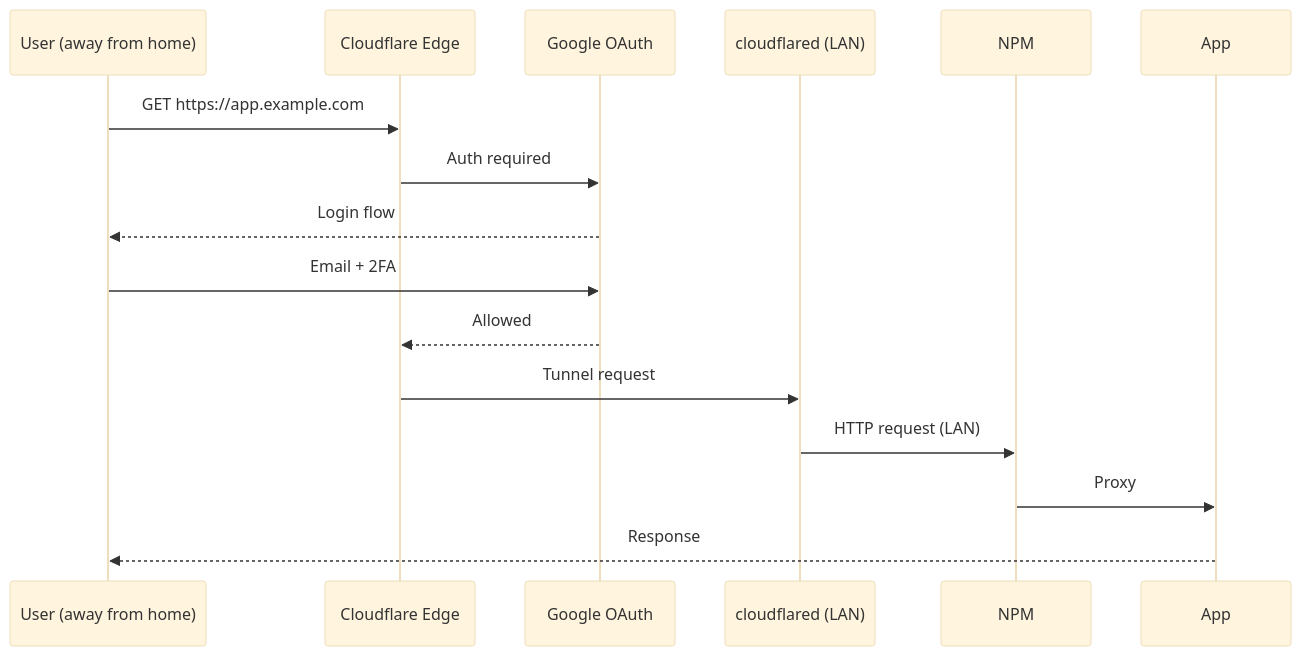
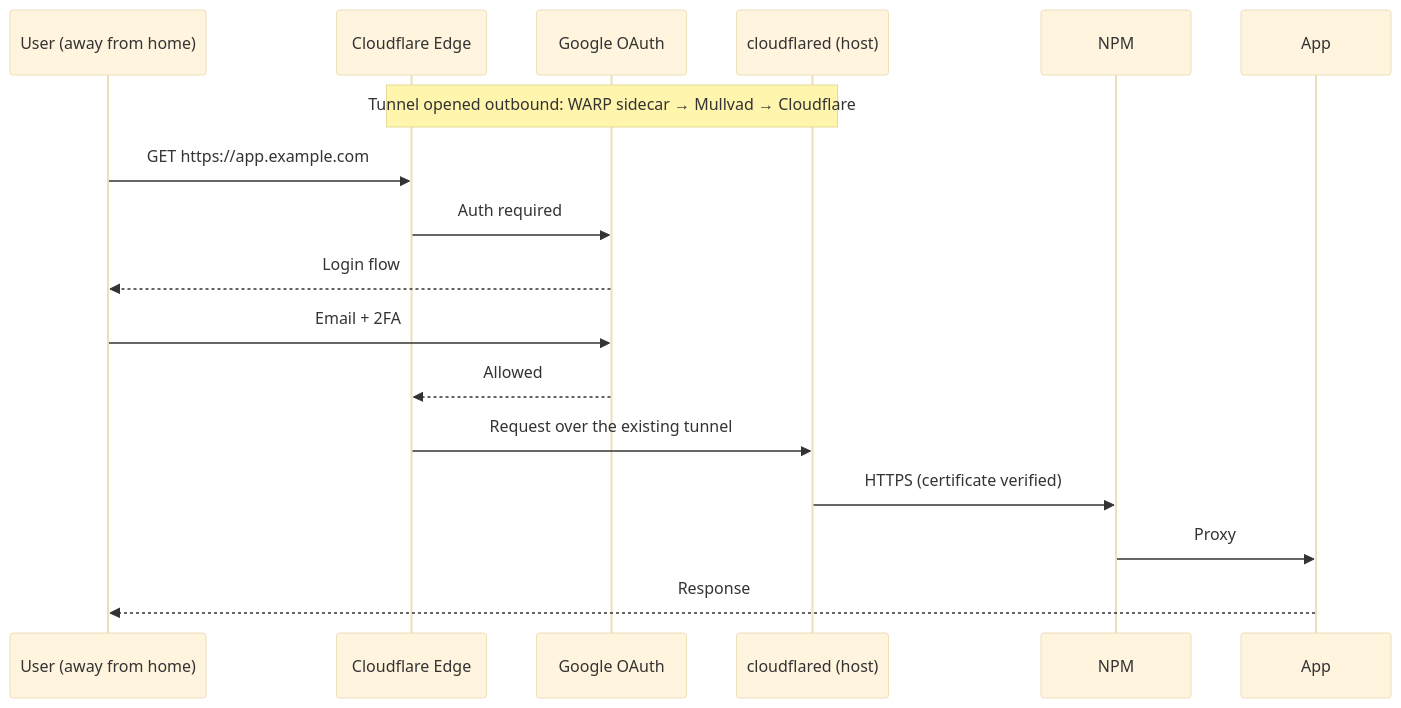
One commit to MrTorriz/homelab changed the third of 3 diagrams in docs/architecture.md. Above: the diagram before and after it, drawn with Mermaid (base theme). The commit also changed other lines of this file and 50 other files, not shown here.

````diff
--- a/docs/architecture.md
+++ b/docs/architecture.md
@@ -83,19 +90,20 @@
 ```mermaid
 sequenceDiagram
     participant U as User (away from home)
     participant CF as Cloudflare Edge
     participant OAuth as Google OAuth
-    participant CFD as cloudflared (LAN)
+    participant CFD as cloudflared (host)
     participant NPM
     participant App
 
+    Note over CFD,CF: Tunnel opened outbound: WARP sidecar → Mullvad → Cloudflare
     U->>CF: GET https://app.example.com
     CF->>OAuth: Auth required
     OAuth-->>U: Login flow
     U->>OAuth: Email + 2FA
     OAuth-->>CF: Allowed
-    CF->>CFD: Tunnel request
-    CFD->>NPM: HTTP request (LAN)
+    CF->>CFD: Request over the existing tunnel
+    CFD->>NPM: HTTPS (certificate verified)
     NPM->>App: Proxy
     App-->>U: Response
 ```
````
